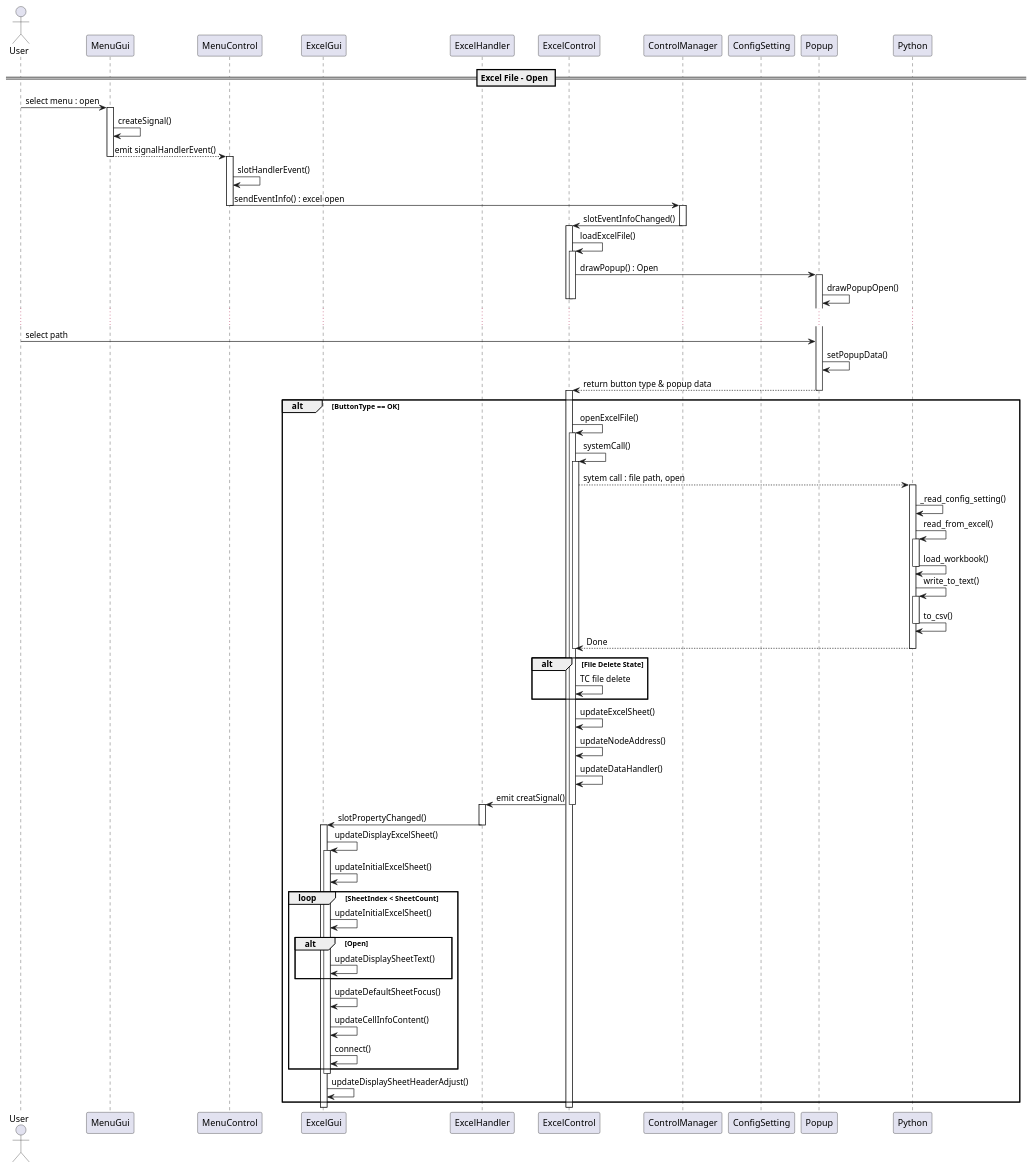
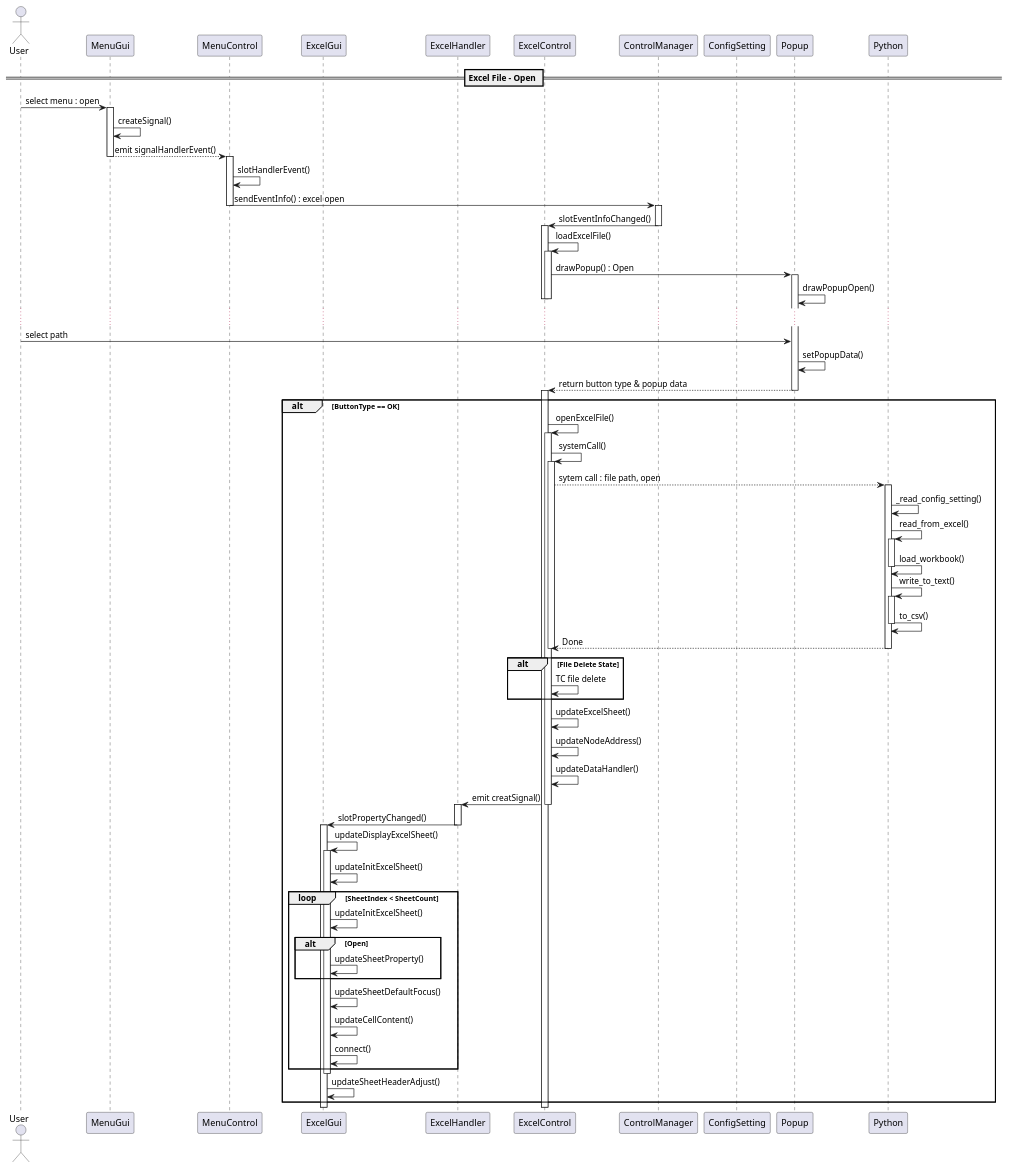
The diagram in Diagram/022_Excel/SequenceDiagram_Excel1.plantuml (rlarudgh1997/Application), drawn with PlantUML before and after one commit. The commit also changed 6 other files, not shown here.

```diff
--- a/Diagram/022_Excel/SequenceDiagram_Excel1.plantuml
+++ b/Diagram/022_Excel/SequenceDiagram_Excel1.plantuml
@@ -1,110 +1,110 @@
 @startuml
 
 actor User order 10
 
 participant MenuGui order 10
 ' participant MenuHandler order 20
 participant MenuControl order 30
 
 participant ExcelGui order 40
 participant ExcelHandler order 50
 participant ExcelControl order 60
 
 participant ControlManager order 80
 participant ConfigSetting order 90
 participant Popup order 100
 participant Python order 110
 
 
 == Excel File - Open ==
 
 
 User -> MenuGui: select menu : open
 
 activate MenuGui
 MenuGui -> MenuGui : createSignal()
 MenuGui --> MenuControl : emit signalHandlerEvent()
 deactivate MenuGui
 
 activate MenuControl
 MenuControl -> MenuControl : slotHandlerEvent()
 MenuControl -> ControlManager : sendEventInfo() : excel open
 deactivate MenuControl
 
 activate ControlManager
 ControlManager -> ExcelControl : slotEventInfoChanged()
 deactivate ControlManager
 
 activate ExcelControl
 ExcelControl -> ExcelControl : loadExcelFile()
 activate ExcelControl
 ExcelControl -> Popup : drawPopup() : Open
 activate Popup
 Popup -> Popup : drawPopupOpen()
 deactivate ExcelControl
 deactivate ExcelControl
 
 ...
 
 User -> Popup : select path
 Popup -> Popup : setPopupData()
 ExcelControl <-- Popup : return button type & popup data
 
 alt ButtonType == OK
     deactivate Popup
     activate ExcelControl
 
     ExcelControl -> ExcelControl : openExcelFile()
     activate ExcelControl
     ExcelControl -> ExcelControl : systemCall()
     activate ExcelControl
     ExcelControl --> Python : sytem call : file path, open
     activate Python
     Python -> Python : _read_config_setting()
     Python -> Python : read_from_excel()
     activate Python
     Python -> Python : load_workbook()
     deactivate Python
     Python -> Python : write_to_text()
     activate Python
     Python -> Python : to_csv()
     deactivate Python
     Python --> ExcelControl : Done
     deactivate Python
     deactivate ExcelControl
 
     alt File Delete State
         ExcelControl -> ExcelControl : TC file delete
     end
 
 
     ExcelControl -> ExcelControl : updateExcelSheet()
     ExcelControl -> ExcelControl : updateNodeAddress()
     ExcelControl -> ExcelControl : updateDataHandler()
     ExcelControl -> ExcelHandler : emit creatSignal()
     deactivate ExcelControl
     activate ExcelHandler
     ExcelHandler -> ExcelGui : slotPropertyChanged()
     deactivate ExcelHandler
     activate ExcelGui
     ExcelGui -> ExcelGui : updateDisplayExcelSheet()
     activate ExcelGui
-    ExcelGui -> ExcelGui : updateInitialExcelSheet()
+    ExcelGui -> ExcelGui : updateInitExcelSheet()
 
     loop SheetIndex < SheetCount
-        ExcelGui -> ExcelGui : updateInitialExcelSheet()
+        ExcelGui -> ExcelGui : updateInitExcelSheet()
 
         alt Open
-            ExcelGui -> ExcelGui : updateDisplaySheetText()
+            ExcelGui -> ExcelGui : updateSheetProperty()
         end
 
-        ExcelGui -> ExcelGui : updateDefaultSheetFocus()
-        ExcelGui -> ExcelGui : updateCellInfoContent()
+        ExcelGui -> ExcelGui : updateSheetDefaultFocus()
+        ExcelGui -> ExcelGui : updateCellContent()
         ExcelGui -> ExcelGui : connect()
     end
     deactivate ExcelGui
 
-    ExcelGui -> ExcelGui : updateDisplaySheetHeaderAdjust()
+    ExcelGui -> ExcelGui : updateSheetHeaderAdjust()
 end
 
 @enduml
```
